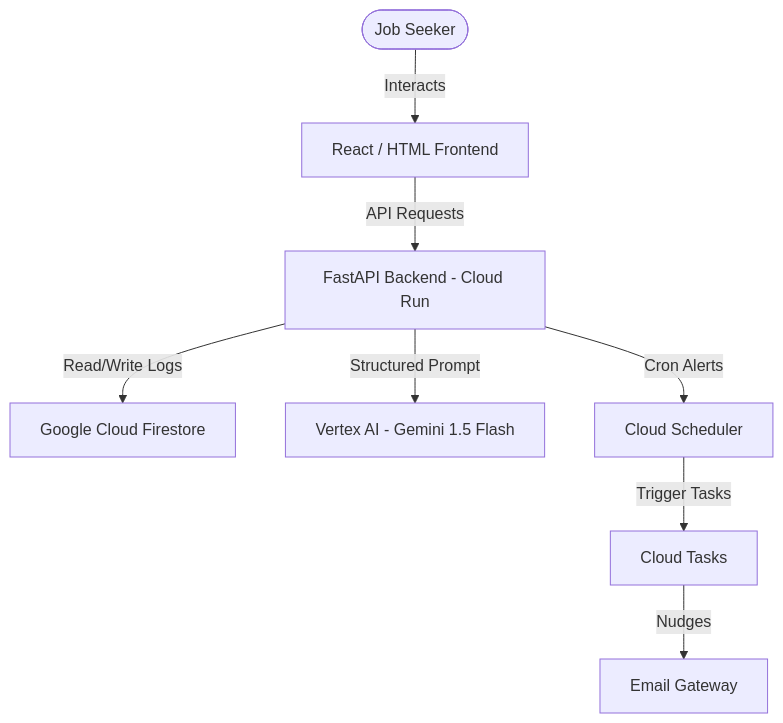
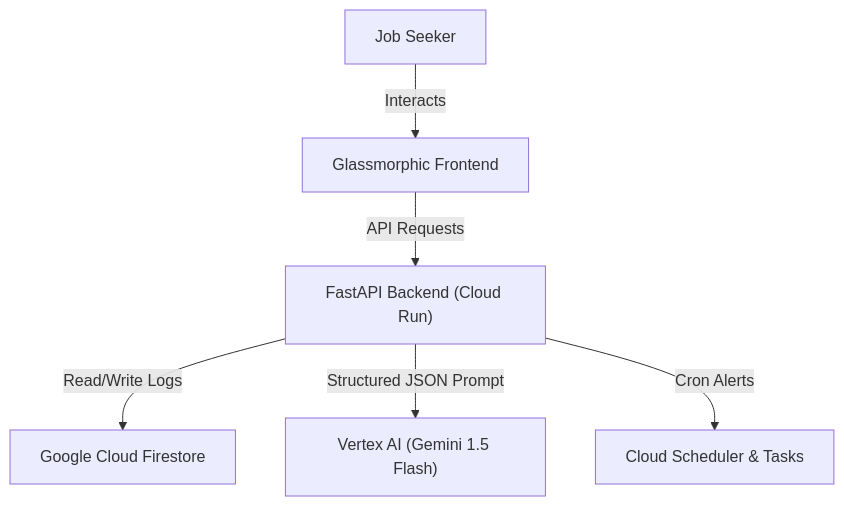
The diagram in README.md (Rafiaminhaj/ai-job-tracker), drawn with Mermaid before and after one commit.

Commit message:
docs: update mermaid architecture diagram for GitHub renderer

````diff
--- a/README.md
+++ b/README.md
@@ -18,10 +18,8 @@
 ```mermaid
-graph TD
-    User([Job Seeker]) -->|Interacts| Frontend[React / HTML Frontend]
-    Frontend -->|API Requests| Backend[FastAPI Backend - Cloud Run]
-    Backend -->|Read/Write Logs| DB[Google Cloud Firestore]
-    Backend -->|Structured Prompt| VertexAI[Vertex AI - Gemini 1.5 Flash]
-    Backend -->|Cron Alerts| Scheduler[Cloud Scheduler]
-    Scheduler -->|Trigger Tasks| Tasks[Cloud Tasks]
-    Tasks -->|Nudges| EmailAPI[Email Gateway]
+flowchart TD
+    A["Job Seeker"] -->|Interacts| B["Glassmorphic Frontend"]
+    B -->|API Requests| C["FastAPI Backend (Cloud Run)"]
+    C -->|Read/Write Logs| D["Google Cloud Firestore"]
+    C -->|Structured JSON Prompt| E["Vertex AI (Gemini 1.5 Flash)"]
+    C -->|Cron Alerts| F["Cloud Scheduler & Tasks"]
 ```
````
